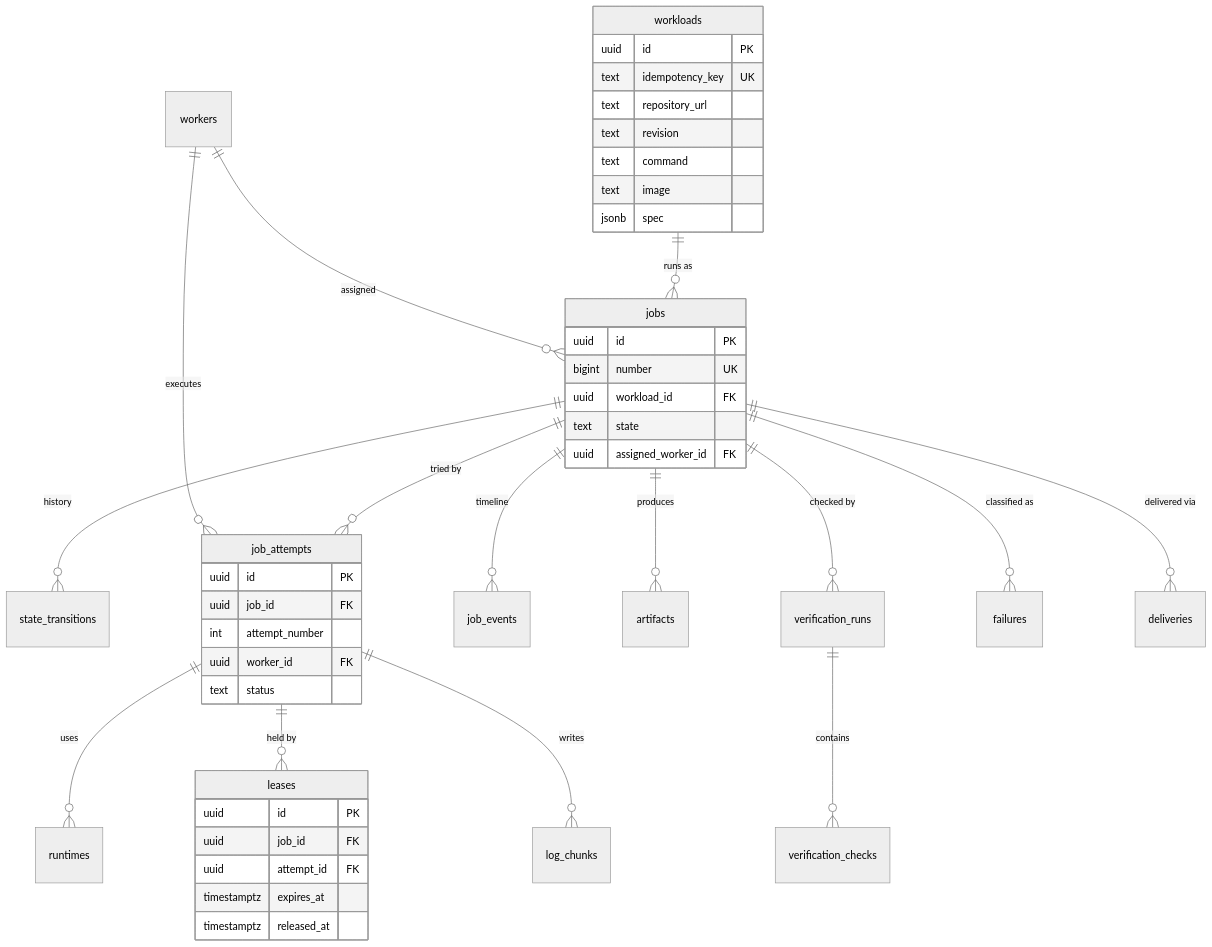
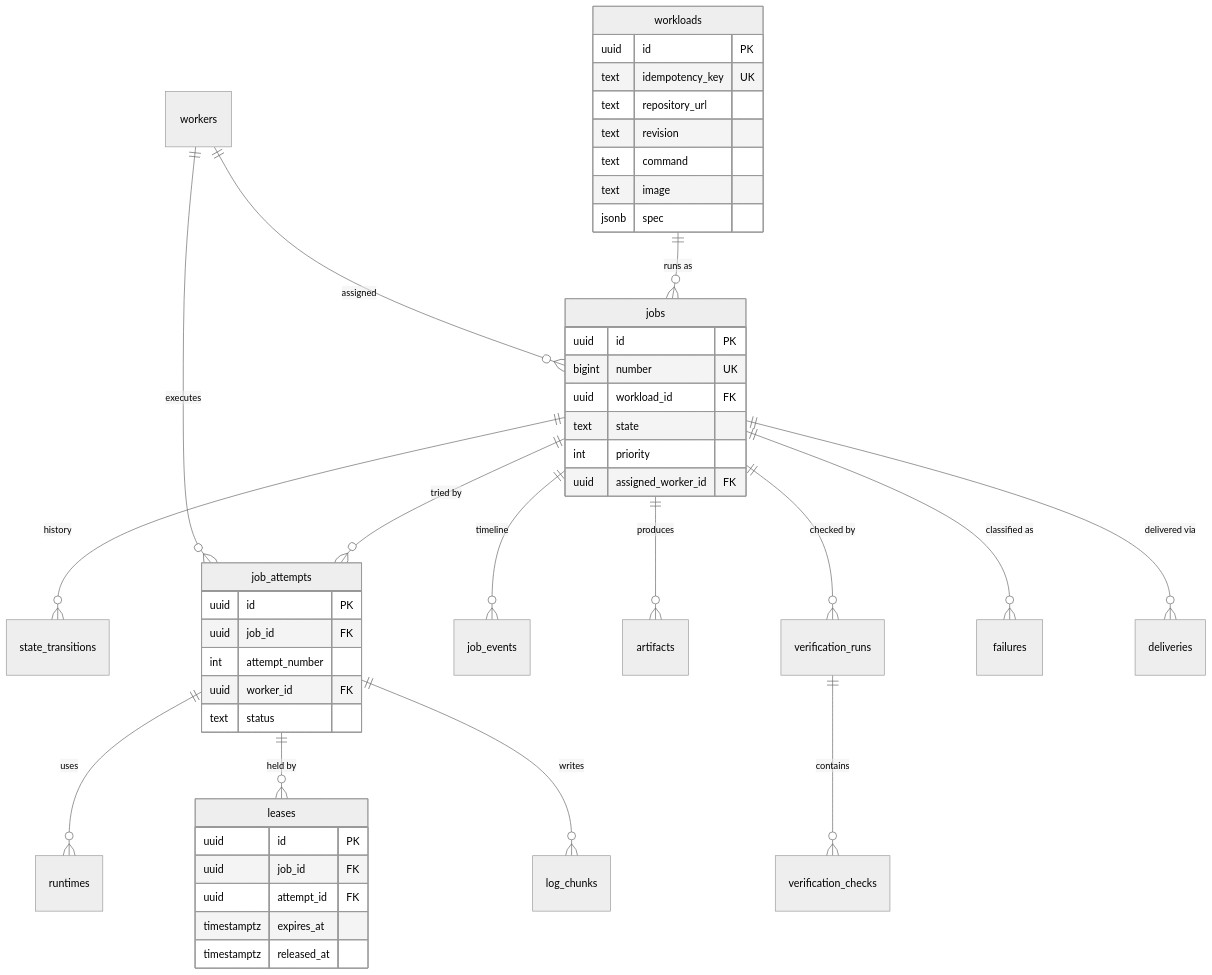
One commit to Khantdotcom/Tsuzuku-Runner changed the diagram in docs/database-design.md. Above: the diagram before and after it, drawn with Mermaid (neutral theme). The commit also changed other lines of this file and 34 other files, not shown here.

````diff
--- a/docs/database-design.md
+++ b/docs/database-design.md
@@ -9,48 +9,49 @@
 ```mermaid
 erDiagram
     workloads ||--o{ jobs : "runs as"
     workers ||--o{ jobs : "assigned"
     jobs ||--o{ state_transitions : "history"
     jobs ||--o{ job_attempts : "tried by"
     workers ||--o{ job_attempts : "executes"
     jobs ||--o{ job_events : "timeline"
     job_attempts ||--o{ runtimes : "uses"
     job_attempts ||--o{ leases : "held by"
     job_attempts ||--o{ log_chunks : "writes"
     jobs ||--o{ artifacts : "produces"
     jobs ||--o{ verification_runs : "checked by"
     verification_runs ||--o{ verification_checks : "contains"
     jobs ||--o{ failures : "classified as"
     jobs ||--o{ deliveries : "delivered via"
 
     workloads {
         uuid id PK
         text idempotency_key UK
         text repository_url
         text revision
         text command
         text image
         jsonb spec
     }
     jobs {
         uuid id PK
         bigint number UK
         uuid workload_id FK
         text state
+        int priority
         uuid assigned_worker_id FK
     }
     job_attempts {
         uuid id PK
         uuid job_id FK
         int attempt_number
         uuid worker_id FK
         text status
     }
     leases {
         uuid id PK
         uuid job_id FK
         uuid attempt_id FK
         timestamptz expires_at
         timestamptz released_at
     }
 ```
````
